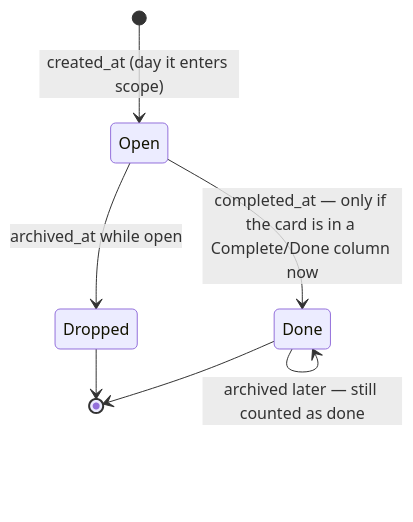
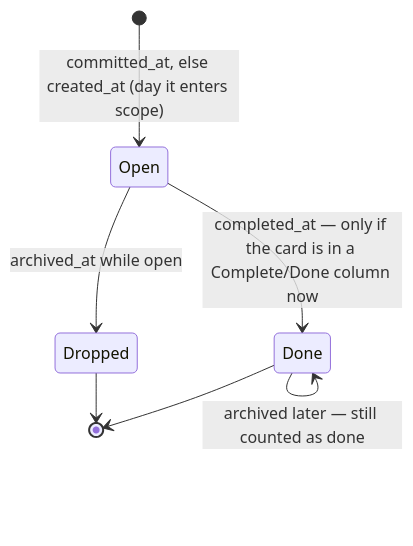
Before and after one commit to gitBoon/DumpFire: the third of 8 diagrams in docs/burndown-charts.md, drawn with Mermaid. The commit also changed other lines of this file and 38 other files, not shown here.

````diff
--- a/docs/burndown-charts.md
+++ b/docs/burndown-charts.md
@@ -169,9 +169,9 @@
 ```mermaid
 stateDiagram-v2
-    [*] --> Open : created_at (day it enters scope)
+    [*] --> Open : committed_at, else created_at (day it enters scope)
     Open --> Done : completed_at — only if the card is in a Complete/Done column now
     Open --> Dropped : archived_at while open
     Done --> Done : archived later — still counted as done
     Dropped --> [*]
     Done --> [*]
 ```
````
